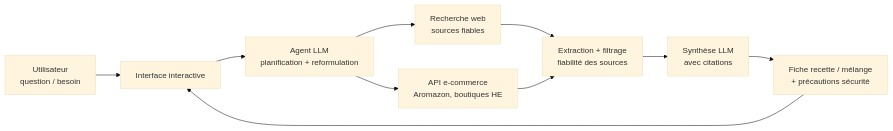
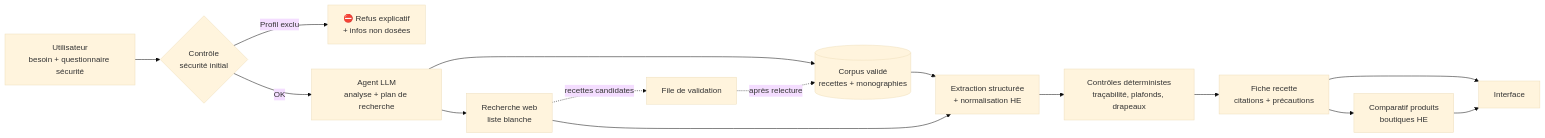
Before and after one commit to MrLouix/Agent_HE: the first of 2 diagrams in docs/specification.md, drawn with Mermaid (base theme). The commit also changed other lines of this file and 2 other files, not shown here.

First line of the commit message:
docs: spécification v2, plan de codage révisé et plan futur

````diff
--- a/docs/specification.md
+++ b/docs/specification.md
@@ -9,12 +28,17 @@
 ```mermaid
 flowchart LR
-    A[Utilisateur<br/>question / besoin] --> B[Interface interactive]
-    B --> C[Agent LLM<br/>planification + reformulation]
-    C --> D1[Recherche web<br/>sources fiables]
-    C --> D2[API e-commerce<br/>Aromazon, boutiques HE]
-    D1 --> E[Extraction + filtrage<br/>fiabilité des sources]
-    D2 --> E
-    E --> F[Synthèse LLM<br/>avec citations]
-    F --> G[Fiche recette / mélange<br/>+ précautions sécurité]
-    G --> B
+    A[Utilisateur<br/>besoin + questionnaire sécurité] --> S{Contrôle<br/>sécurité initial}
+    S -- Profil exclu --> R[⛔ Refus explicatif<br/>+ infos non dosées]
+    S -- OK --> C[Agent LLM<br/>analyse + plan de recherche]
+    C --> K[(Corpus validé<br/>recettes + monographies)]
+    C --> W[Recherche web<br/>liste blanche]
+    K --> E[Extraction structurée<br/>+ normalisation HE]
+    W --> E
+    E --> V[Contrôles déterministes<br/>traçabilité, plafonds, drapeaux]
+    V --> F[Fiche recette<br/>citations + précautions]
+    F --> P[Comparatif produits<br/>boutiques HE]
+    F --> U[Interface]
+    P --> U
+    W -. recettes candidates .-> Q[File de validation]
+    Q -. après relecture .-> K
 ```
````
